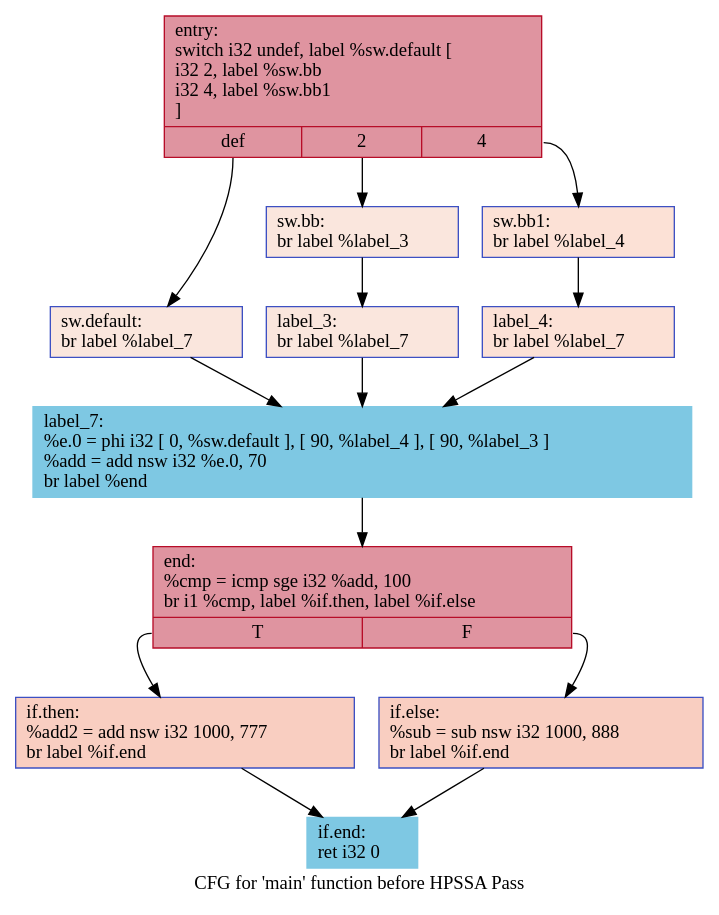
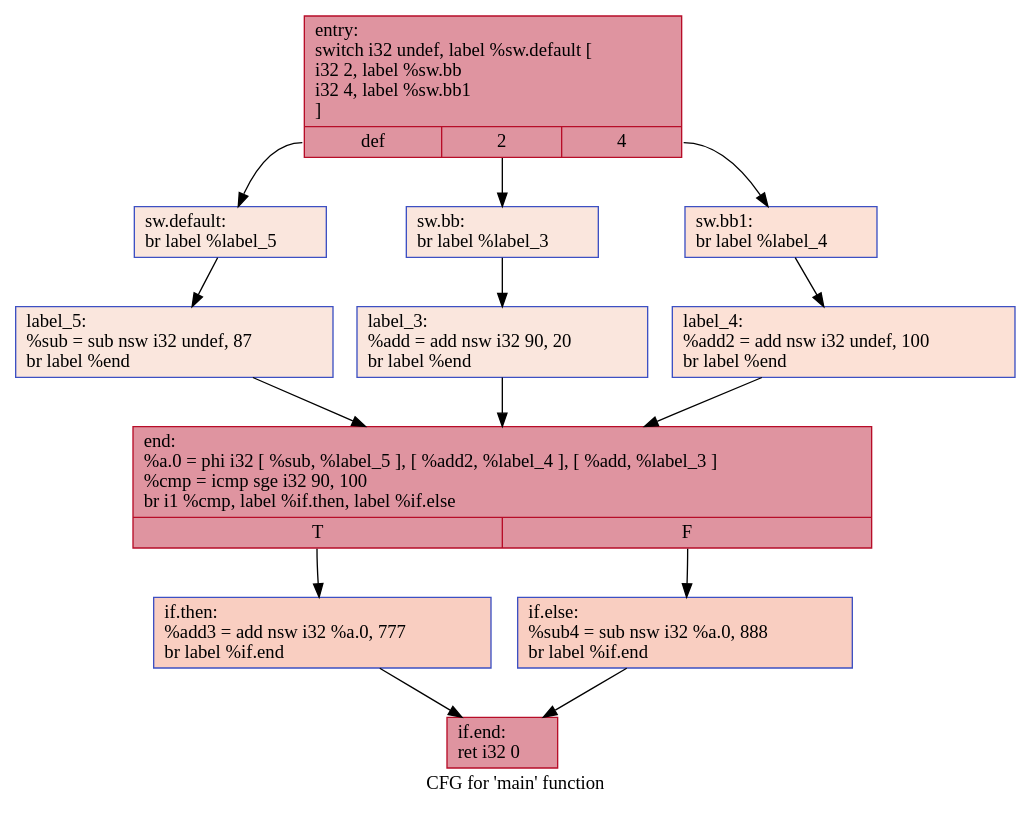
Before and after one commit to HPSSA-LLVM/HPSSA-LLVM: the diagram in IR/cfg/baseline.dot, drawn with Graphviz. The commit also changed 24 other files, not shown here.

```diff
--- a/IR/cfg/baseline.dot
+++ b/IR/cfg/baseline.dot
@@ -1,28 +1,28 @@
 digraph "CFG for 'main' function" {
-	label="CFG for 'main' function before HPSSA Pass";
+	label="CFG for 'main' function";
 
-	Node0x55b8d5860770 [shape=record,color="#b70d28ff", style=filled, fillcolor="#b70d2870",label="{entry:\l  switch i32 undef, label %sw.default [\l    i32 2, label %sw.bb\l    i32 4, label %sw.bb1\l  ]\l|{<s0>def|<s1>2|<s2>4}}"];
-	Node0x55b8d5860770:s0 -> Node0x55b8d5860cd0;
-	Node0x55b8d5860770:s1 -> Node0x55b8d5860d50;
-	Node0x55b8d5860770:s2 -> Node0x55b8d5860df0;
-	Node0x55b8d5860d50 [shape=record,color="#3d50c3ff", style=filled, fillcolor="#f3c7b170",label="{sw.bb:                                            \l  br label %label_3\l}"];
-	Node0x55b8d5860d50 -> Node0x55b8d5860f80;
-	Node0x55b8d5860df0 [shape=record,color="#3d50c3ff", style=filled, fillcolor="#f7bca170",label="{sw.bb1:                                           \l  br label %label_4\l}"];
-	Node0x55b8d5860df0 -> Node0x55b8d5861060;
-	Node0x55b8d5860cd0 [shape=record,color="#3d50c3ff", style=filled, fillcolor="#f3c7b170",label="{sw.default:                                       \l  br label %label_7\l}"];
-	Node0x55b8d5860cd0 -> Node0x55b8d5861140;
-	Node0x55b8d5860f80 [shape=record,color="#3d50c3ff", style=filled, fillcolor="#f3c7b170",label="{label_3:                                          \l  br label %label_7\l}"];
-	Node0x55b8d5860f80 -> Node0x55b8d5861140;
-	Node0x55b8d5861060 [shape=record,color="#3d50c3ff", style=filled, fillcolor="#f7bca170",label="{label_4:                                          \l  br label %label_7\l}"];
-	Node0x55b8d5861060 -> Node0x55b8d5861140;
-	Node0x55b8d5861140 [shape=record,color="#7EC8E3", style=filled, fillcolor="#7EC8E3",label="{label_7:                                          \l  %e.0 = phi i32 [ 0, %sw.default ], [ 90, %label_4 ], [ 90, %label_3 ]\l  %add = add nsw i32 %e.0, 70\l  br label %end\l}"];
-	Node0x55b8d5861140 -> Node0x55b8d5861500;
-	Node0x55b8d5861500 [shape=record,color="#b70d28ff", style=filled, fillcolor="#b70d2870",label="{end:                                              \l  %cmp = icmp sge i32 %add, 100\l  br i1 %cmp, label %if.then, label %if.else\l|{<s0>T|<s1>F}}"];
-	Node0x55b8d5861500:s0 -> Node0x55b8d58616c0;
-	Node0x55b8d5861500:s1 -> Node0x55b8d5861730;
-	Node0x55b8d58616c0 [shape=record,color="#3d50c3ff", style=filled, fillcolor="#f2907270",label="{if.then:                                          \l  %add2 = add nsw i32 1000, 777\l  br label %if.end\l}"];
-	Node0x55b8d58616c0 -> Node0x55b8d5861b00;
-	Node0x55b8d5861730 [shape=record,color="#3d50c3ff", style=filled, fillcolor="#f2907270",label="{if.else:                                          \l  %sub = sub nsw i32 1000, 888\l  br label %if.end\l}"];
-	Node0x55b8d5861730 -> Node0x55b8d5861b00;
-	Node0x55b8d5861b00 [shape=record,color="#7EC8E3", style=filled, fillcolor="#7EC8E3",label="{if.end:                                           \l  ret i32 0\l}"];
+	Node0x55af77f527b0 [shape=record,color="#b70d28ff", style=filled, fillcolor="#b70d2870",label="{entry:\l  switch i32 undef, label %sw.default [\l    i32 2, label %sw.bb\l    i32 4, label %sw.bb1\l  ]\l|{<s0>def|<s1>2|<s2>4}}"];
+	Node0x55af77f527b0:s0 -> Node0x55af77f52d10;
+	Node0x55af77f527b0:s1 -> Node0x55af77f52d90;
+	Node0x55af77f527b0:s2 -> Node0x55af77f52e30;
+	Node0x55af77f52d90 [shape=record,color="#3d50c3ff", style=filled, fillcolor="#f3c7b170",label="{sw.bb:                                            \l  br label %label_3\l}"];
+	Node0x55af77f52d90 -> Node0x55af77f52fc0;
+	Node0x55af77f52e30 [shape=record,color="#3d50c3ff", style=filled, fillcolor="#f7bca170",label="{sw.bb1:                                           \l  br label %label_4\l}"];
+	Node0x55af77f52e30 -> Node0x55af77f530a0;
+	Node0x55af77f52d10 [shape=record,color="#3d50c3ff", style=filled, fillcolor="#f3c7b170",label="{sw.default:                                       \l  br label %label_5\l}"];
+	Node0x55af77f52d10 -> Node0x55af77f53180;
+	Node0x55af77f52fc0 [shape=record,color="#3d50c3ff", style=filled, fillcolor="#f3c7b170",label="{label_3:                                          \l  %add = add nsw i32 90, 20\l  br label %end\l}"];
+	Node0x55af77f52fc0 -> Node0x55af77f53370;
+	Node0x55af77f530a0 [shape=record,color="#3d50c3ff", style=filled, fillcolor="#f7bca170",label="{label_4:                                          \l  %add2 = add nsw i32 undef, 100\l  br label %end\l}"];
+	Node0x55af77f530a0 -> Node0x55af77f53370;
+	Node0x55af77f53180 [shape=record,color="#3d50c3ff", style=filled, fillcolor="#f3c7b170",label="{label_5:                                          \l  %sub = sub nsw i32 undef, 87\l  br label %end\l}"];
+	Node0x55af77f53180 -> Node0x55af77f53370;
+	Node0x55af77f53370 [shape=record,color="#b70d28ff", style=filled, fillcolor="#b70d2870",label="{end:                                              \l  %a.0 = phi i32 [ %sub, %label_5 ], [ %add2, %label_4 ], [ %add, %label_3 ]\l  %cmp = icmp sge i32 90, 100\l  br i1 %cmp, label %if.then, label %if.else\l|{<s0>T|<s1>F}}"];
+	Node0x55af77f53370:s0 -> Node0x55af77f53a30;
+	Node0x55af77f53370:s1 -> Node0x55af77f53aa0;
+	Node0x55af77f53a30 [shape=record,color="#3d50c3ff", style=filled, fillcolor="#f2907270",label="{if.then:                                          \l  %add3 = add nsw i32 %a.0, 777\l  br label %if.end\l}"];
+	Node0x55af77f53a30 -> Node0x55af77f53ca0;
+	Node0x55af77f53aa0 [shape=record,color="#3d50c3ff", style=filled, fillcolor="#f2907270",label="{if.else:                                          \l  %sub4 = sub nsw i32 %a.0, 888\l  br label %if.end\l}"];
+	Node0x55af77f53aa0 -> Node0x55af77f53ca0;
+	Node0x55af77f53ca0 [shape=record,color="#b70d28ff", style=filled, fillcolor="#b70d2870",label="{if.end:                                           \l  ret i32 0\l}"];
 }
```
